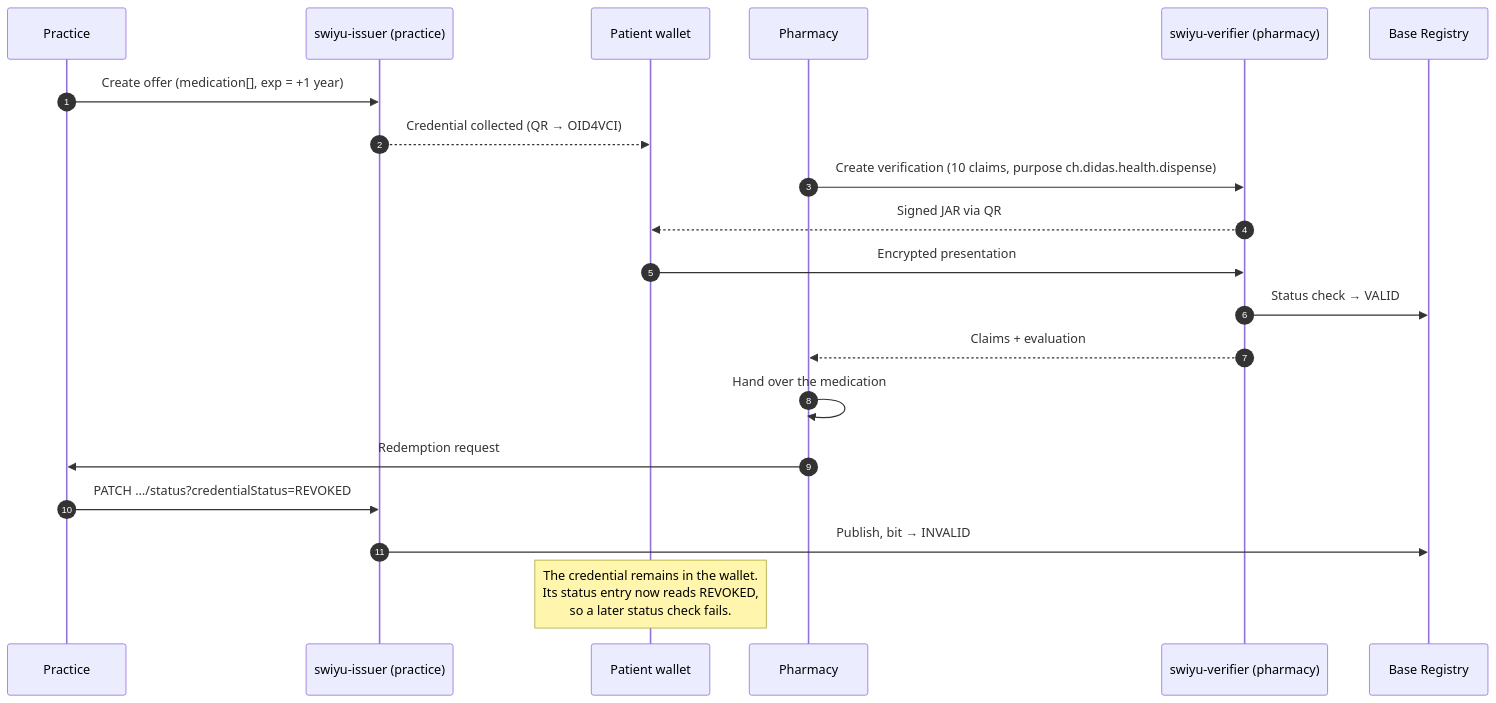
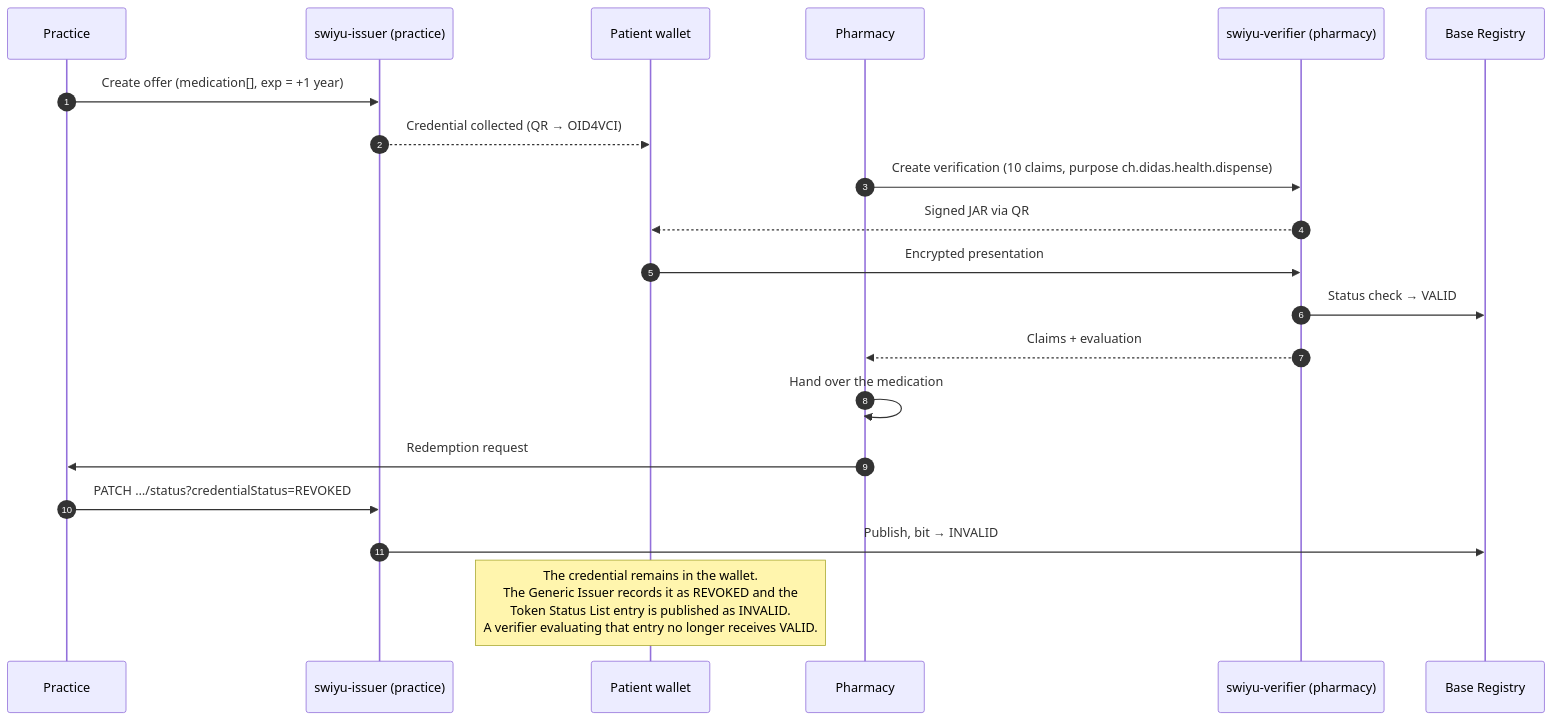
Before and after one commit to Accelerate-GmbH/digital-health-swiyu-vaccination: the diagram in flows/F-05-prescription-redemption.md, drawn with Mermaid. The commit also changed 10 other files, not shown here.

````diff
--- a/flows/F-05-prescription-redemption.md
+++ b/flows/F-05-prescription-redemption.md
@@ -59,23 +59,23 @@
 ```mermaid
 sequenceDiagram
     autonumber
     participant P as Practice
     participant GI as swiyu-issuer (practice)
     participant W as Patient wallet
     participant Ph as Pharmacy
     participant GV as swiyu-verifier (pharmacy)
     participant BR as Base Registry
 
     P->>GI: Create offer (medication[], exp = +1 year)
     GI-->>W: Credential collected (QR → OID4VCI)
     Ph->>GV: Create verification (10 claims, purpose ch.didas.health.dispense)
     GV-->>W: Signed JAR via QR
     W->>GV: Encrypted presentation
     GV->>BR: Status check → VALID
     GV-->>Ph: Claims + evaluation
     Ph->>Ph: Hand over the medication
     Ph->>P: Redemption request
     P->>GI: PATCH …/status?credentialStatus=REVOKED
     GI->>BR: Publish, bit → INVALID
-    Note over W: The credential remains in the wallet.<br/>Its status entry now reads REVOKED,<br/>so a later status check fails.
+    Note over W: The credential remains in the wallet.<br/>The Generic Issuer records it as REVOKED and the<br/>Token Status List entry is published as INVALID.<br/>A verifier evaluating that entry no longer receives VALID.
 ```
````
